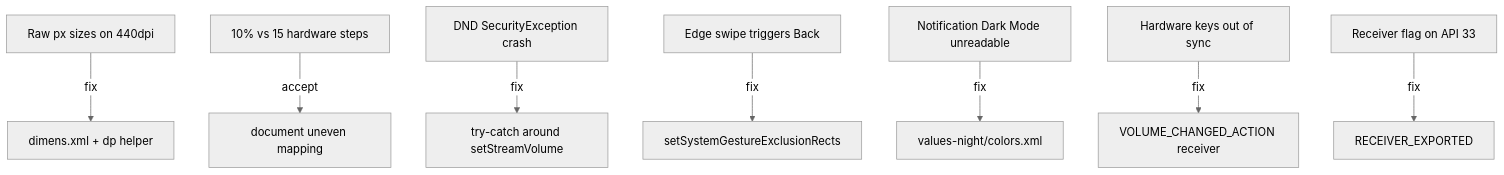
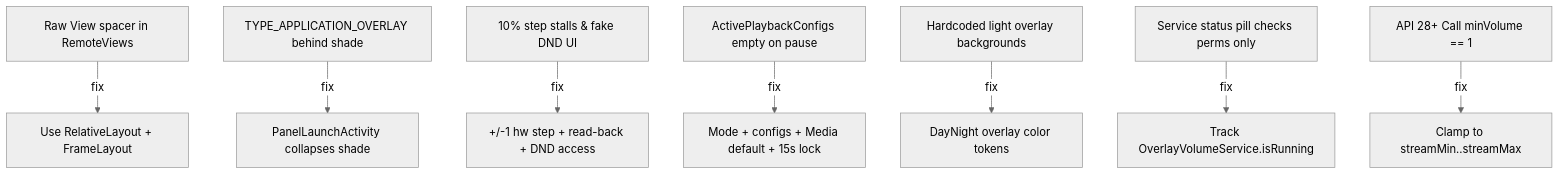
The diagram in docs/DECISIONS_AND_TRAPS.md (Mostakim2005/volume-manager), drawn with Mermaid (neutral theme) before and after one commit. The commit also changed other lines of this file and 35 other files, not shown here.

Commit message:
fix(audio,ui): real volume read-back, smart 5-stream detection, RemoteViews fix, and wider panel

````diff
--- a/docs/DECISIONS_AND_TRAPS.md
+++ b/docs/DECISIONS_AND_TRAPS.md
@@ -54,10 +60,10 @@
 ```mermaid
 flowchart TD
-    T1[Raw px sizes on 440dpi] -->|fix| D1[dimens.xml + dp helper]
-    T2[10% vs 15 hardware steps] -->|accept| D2[document uneven mapping]
-    T3[DND SecurityException crash] -->|fix| D3[try-catch around setStreamVolume]
-    T4[Edge swipe triggers Back] -->|fix| D4[setSystemGestureExclusionRects]
-    T5[Notification Dark Mode unreadable] -->|fix| D5[values-night/colors.xml]
-    T6[Hardware keys out of sync] -->|fix| D6[VOLUME_CHANGED_ACTION receiver]
-    T7[Receiver flag on API 33] -->|fix| D7[RECEIVER_EXPORTED]
+    T1[Raw View spacer in RemoteViews] -->|fix| D1[Use RelativeLayout + FrameLayout]
+    T2[TYPE_APPLICATION_OVERLAY behind shade] -->|fix| D2[PanelLaunchActivity collapses shade]
+    T3[10% step stalls & fake DND UI] -->|fix| D3[+/-1 hw step + read-back + DND access]
+    T4[ActivePlaybackConfigs empty on pause] -->|fix| D4[Mode + configs + Media default + 15s lock]
+    T5[Hardcoded light overlay backgrounds] -->|fix| D5[DayNight overlay color tokens]
+    T6[Service status pill checks perms only] -->|fix| D6[Track OverlayVolumeService.isRunning]
+    T7[API 28+ Call minVolume == 1] -->|fix| D7[Clamp to streamMin..streamMax]
 ```
````
